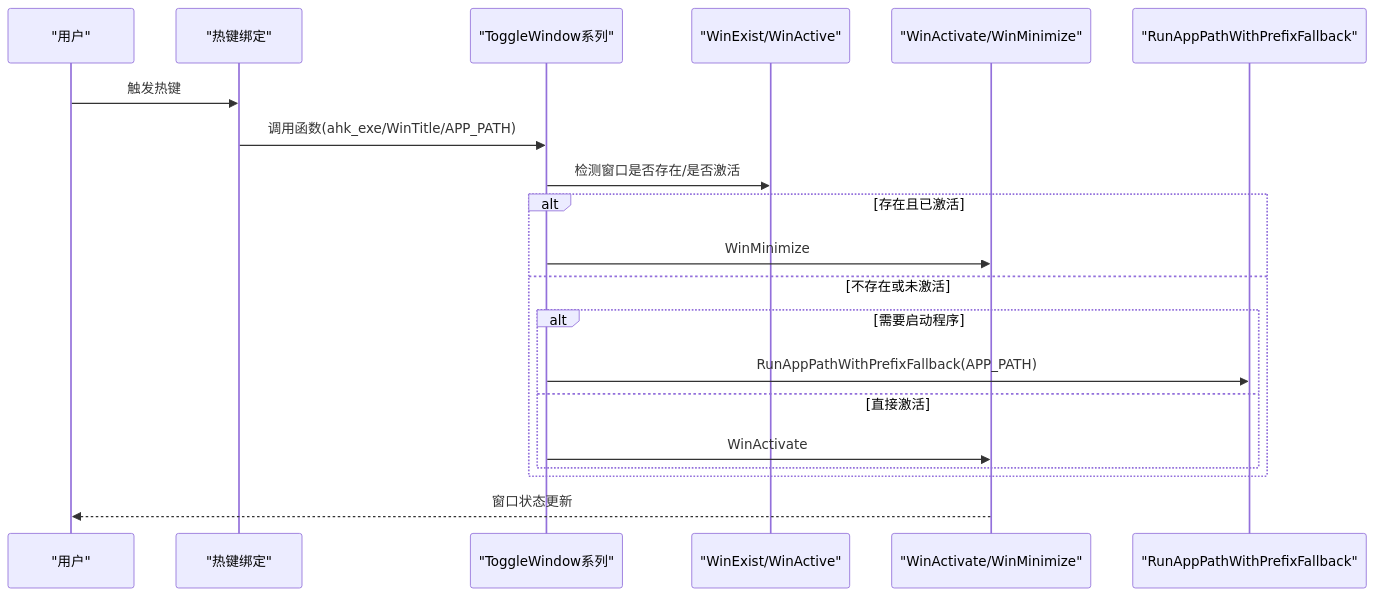
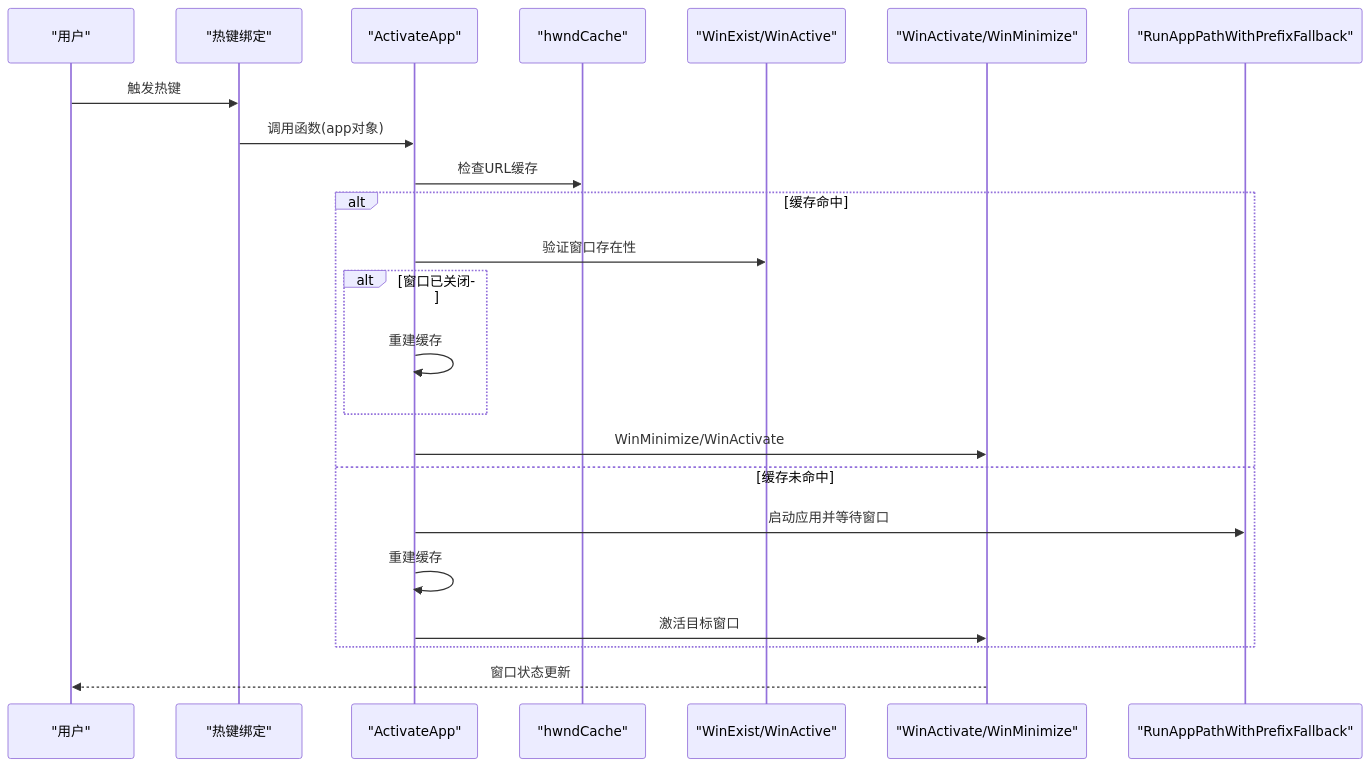
The second of 6 diagrams in .qoder/repowiki/zh/content/开发者指南/代码结构分析/核心函数分析/窗口控制函数.md (wangys-123doit/hotkey), drawn with Mermaid before and after one commit. The commit also changed other lines of this file and 7 other files, not shown here.

````diff
--- a/.qoder/repowiki/zh/content/开发者指南/代码结构分析/核心函数分析/窗口控制函数.md
+++ b/.qoder/repowiki/zh/content/开发者指南/代码结构分析/核心函数分析/窗口控制函数.md
@@ -79,22 +100,25 @@
 ```mermaid
 sequenceDiagram
 participant U as "用户"
 participant HK as "热键绑定"
-participant TW as "ToggleWindow系列"
+participant AA as "ActivateApp"
+participant HC as "hwndCache"
 participant WE as "WinExist/WinActive"
 participant WA as "WinActivate/WinMinimize"
 participant RP as "RunAppPathWithPrefixFallback"
 U->>HK : 触发热键
-HK->>TW : 调用函数(ahk_exe/WinTitle/APP_PATH)
-TW->>WE : 检测窗口是否存在/是否激活
-alt 存在且已激活
-TW->>WA : WinMinimize
-else 不存在或未激活
-alt 需要启动程序
-TW->>RP : RunAppPathWithPrefixFallback(APP_PATH)
-else 直接激活
-TW->>WA : WinActivate
+HK->>AA : 调用函数(app对象)
+AA->>HC : 检查URL缓存
+alt 缓存命中
+AA->>WE : 验证窗口存在性
+alt 窗口已关闭
+AA->>AA : 重建缓存
 end
+AA->>WA : WinMinimize/WinActivate
+else 缓存未命中
+AA->>RP : 启动应用并等待窗口
+AA->>AA : 重建缓存
+AA->>WA : 激活目标窗口
 end
 WA-->>U : 窗口状态更新
 ```
````
